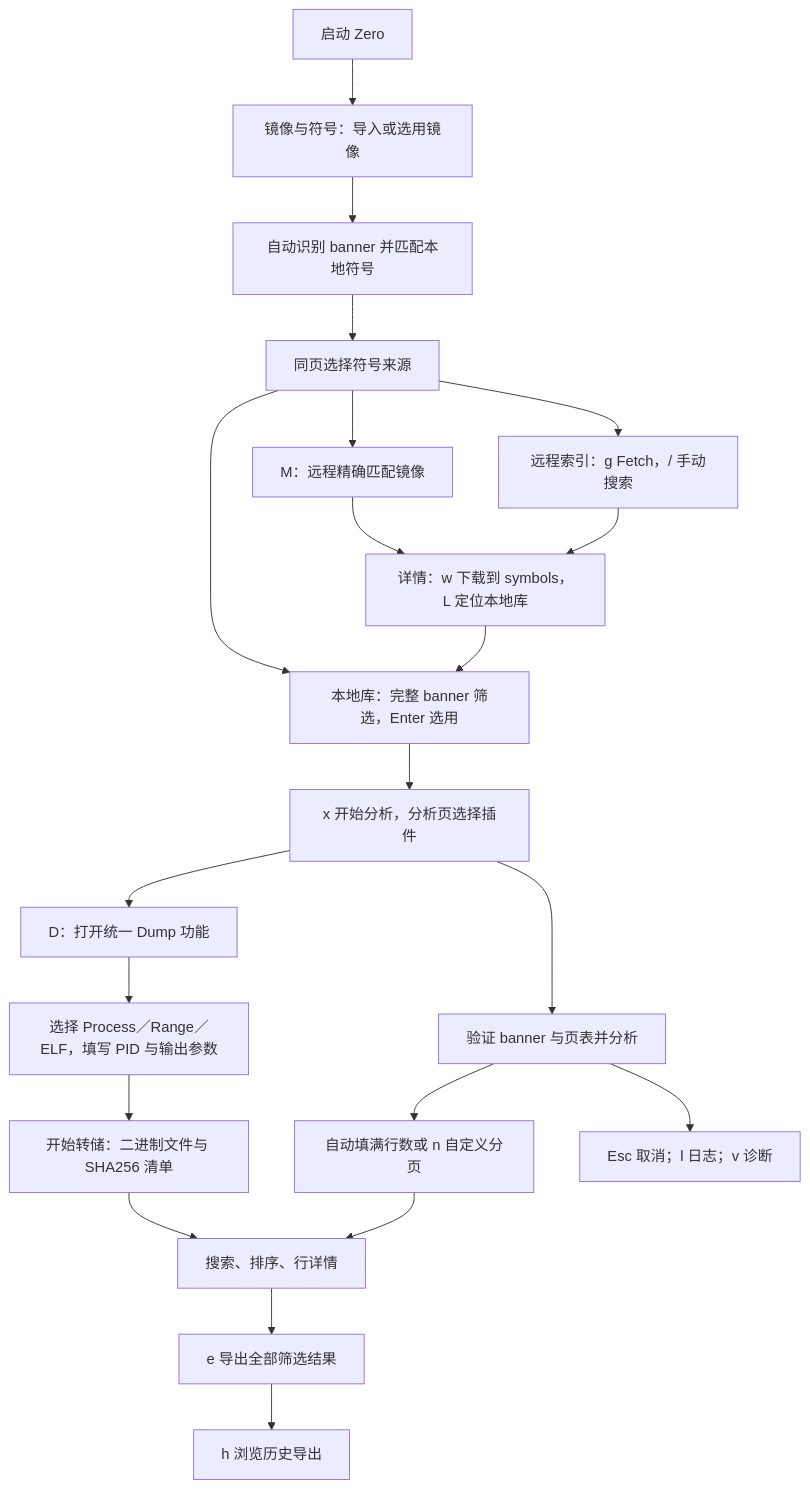
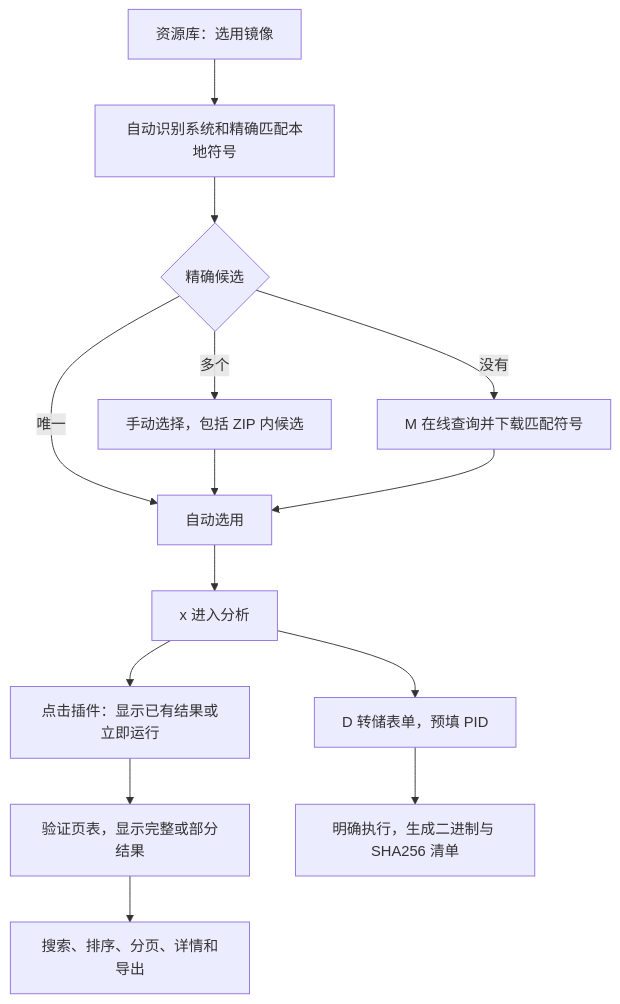
The diagram in README.md (Sunmedalia/Zero), drawn with Mermaid before and after one commit. The commit also changed other lines of this file and 12 other files, not shown here.

````diff
--- a/README.md
+++ b/README.md
@@ -42,23 +39,16 @@
 ```mermaid
 flowchart TD
-    A[启动 Zero] --> B[镜像与符号：导入或选用镜像]
-    B --> C[自动识别 banner 并匹配本地符号]
-    C --> D[同页选择符号来源]
-    D --> E[本地库：完整 banner 筛选，Enter 选用]
-    D --> F[M：远程精确匹配镜像]
-    D --> G[远程索引：g Fetch，/ 手动搜索]
-    F --> H[详情：w 下载到 symbols，L 定位本地库]
-    G --> H
-    H --> E
-    E --> I[x 开始分析，分析页选择插件]
-    I --> J[验证 banner 与页表并分析]
-    I --> P[D：打开统一 Dump 功能]
-    P --> Q[选择 Process／Range／ELF，填写 PID 与输出参数]
-    Q --> R[开始转储：二进制文件与 SHA256 清单]
-    R --> L
-    J --> K[自动填满行数或 n 自定义分页]
-    K --> L[搜索、排序、行详情]
-    L --> M[e 导出全部筛选结果]
-    M --> N[h 浏览历史导出]
-    J --> O[Esc 取消；l 日志；v 诊断]
+    A[资源库：选用镜像] --> B[自动识别系统和精确匹配本地符号]
+    B --> C{精确候选}
+    C -->|唯一| D[自动选用]
+    C -->|多个| E[手动选择，包括 ZIP 内候选]
+    C -->|没有| F[M 在线查询并下载匹配符号]
+    E --> D
+    F --> D
+    D --> G[x 进入分析]
+    G --> H[点击插件：显示已有结果或立即运行]
+    H --> I[验证页表，显示完整或部分结果]
+    I --> J[搜索、排序、分页、详情和导出]
+    G --> K[D 转储表单，预填 PID]
+    K --> L[明确执行，生成二进制与 SHA256 清单]
 ```
````
